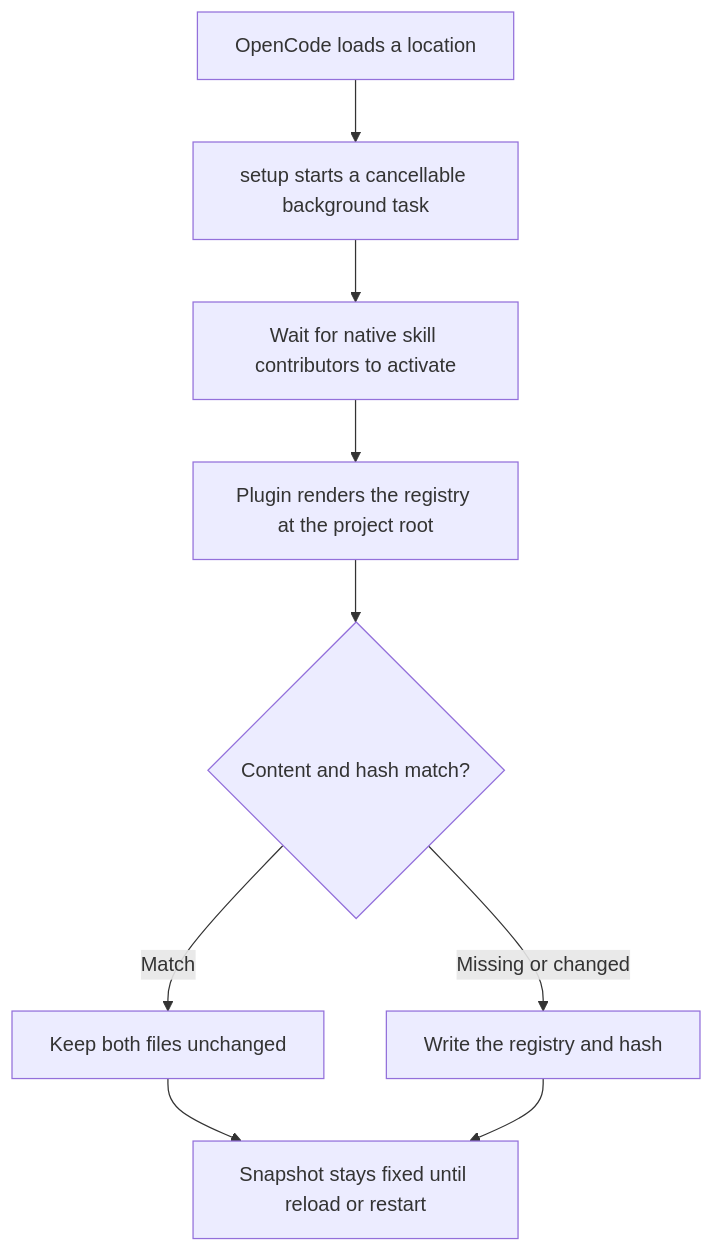
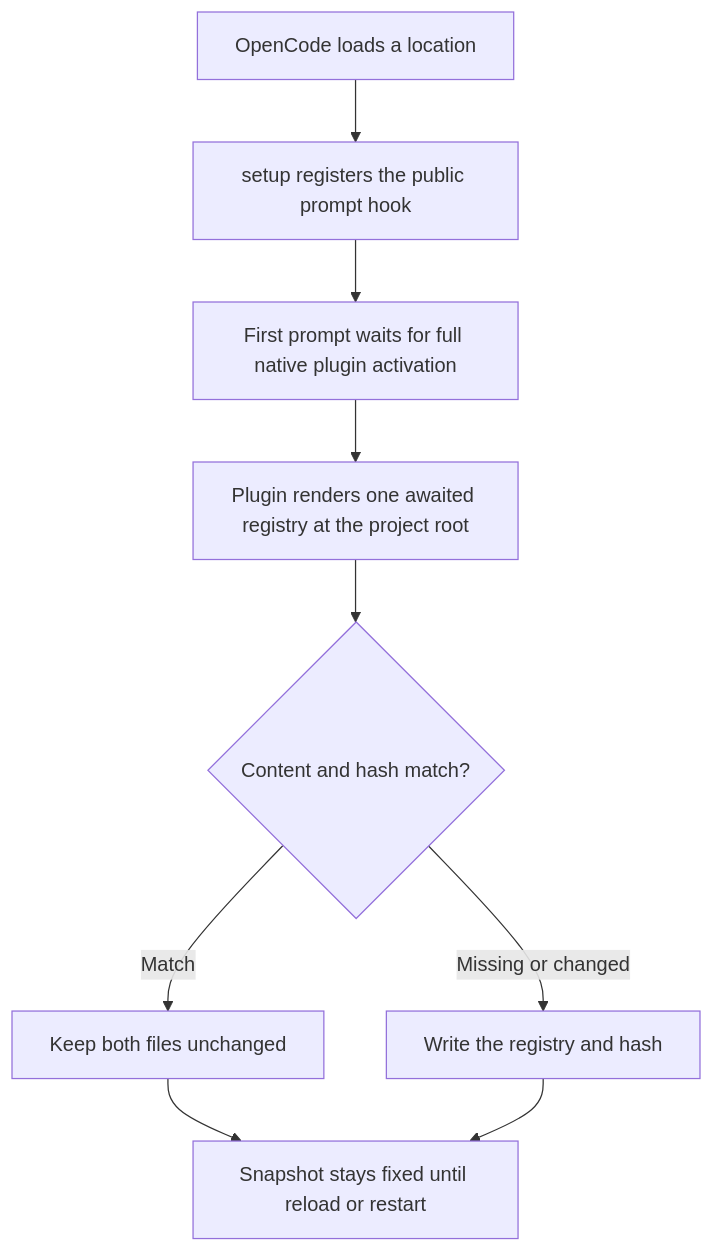
One commit to andresnator/opencode-skill-registry changed the diagram in README.md. Above: the diagram before and after it, drawn with Mermaid. The commit also changed other lines of this file and 6 other files, not shown here.

Commit message:
fix(plugin): defer snapshot until the first native prompt

````diff
--- a/README.md
+++ b/README.md
@@ -67,11 +67,11 @@
 ```mermaid
 flowchart TD
-    A[OpenCode loads a location] --> B[setup starts a cancellable background task]
-    B --> C[Wait for native skill contributors to activate]
-    C --> D[Plugin renders the registry at the project root]
+    A[OpenCode loads a location] --> B[setup registers the public prompt hook]
+    B --> C[First prompt waits for full native plugin activation]
+    C --> D[Plugin renders one awaited registry at the project root]
     D --> E{Content and hash match?}
     E -- Match --> F[Keep both files unchanged]
     E -- Missing or changed --> G[Write the registry and hash]
     F --> H[Snapshot stays fixed until reload or restart]
     G --> H
 ```
````
